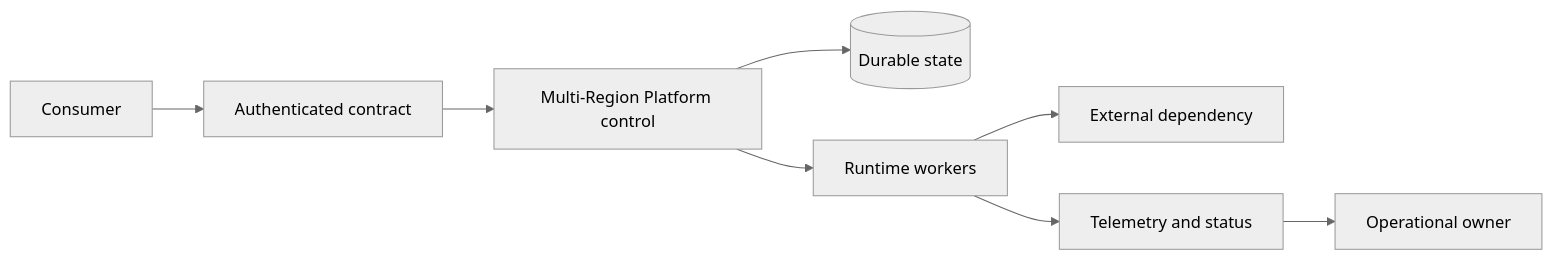
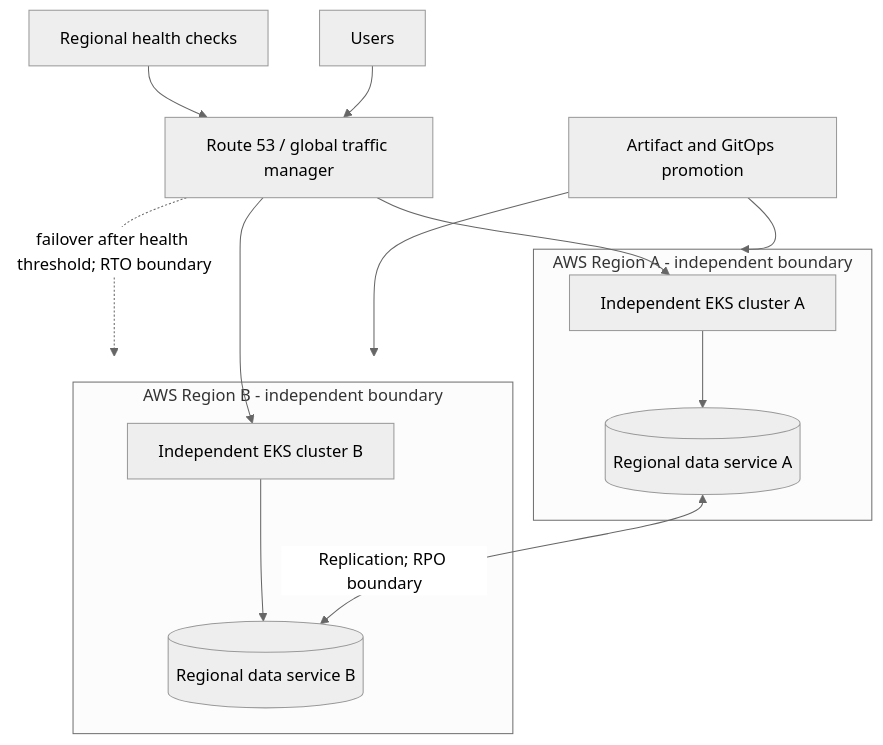
The diagram in docs/architecture/multi-region-platform.md (m1mohamad/devops-sre-prep), drawn with Mermaid (neutral theme) before and after one commit. The commit also changed other lines of this file and 61 other files, not shown here.

Commit message:
Replace generic architecture and study templates

````diff
--- a/docs/architecture/multi-region-platform.md
+++ b/docs/architecture/multi-region-platform.md
@@ -15,10 +15,17 @@
 ```mermaid
-flowchart LR
-  User[Consumer] --> Edge[Authenticated contract]
-  Edge --> Control[Multi-Region Platform control]
-  Control --> State[(Durable state)]
-  Control --> Runtime[Runtime workers]
-  Runtime --> Dependency[External dependency]
-  Runtime --> Signals[Telemetry and status]
-  Signals --> Owner[Operational owner]
+flowchart TB
+  User[Users] --> GTM[Route 53 / global traffic manager]
+  Health[Regional health checks] --> GTM
+  Promote[Artifact and GitOps promotion] --> R1
+  Promote --> R2
+  subgraph R1[AWS Region A - independent boundary]
+    E1[Independent EKS cluster A] --> D1[(Regional data service A)]
+  end
+  subgraph R2[AWS Region B - independent boundary]
+    E2[Independent EKS cluster B] --> D2[(Regional data service B)]
+  end
+  GTM --> E1
+  GTM --> E2
+  D1 <-->|Replication; RPO boundary| D2
+  GTM -. failover after health threshold; RTO boundary .-> R2
 ```
````
